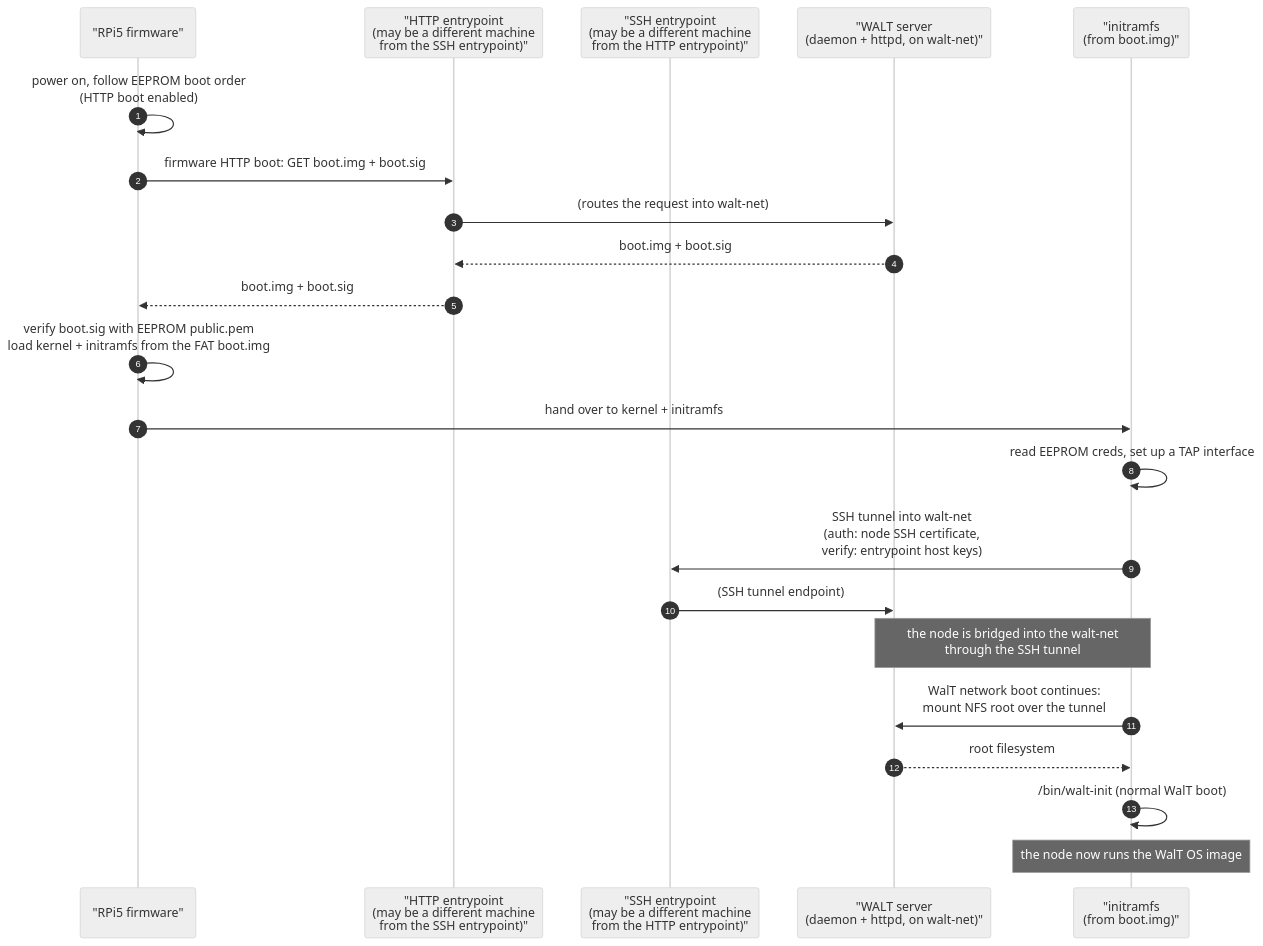
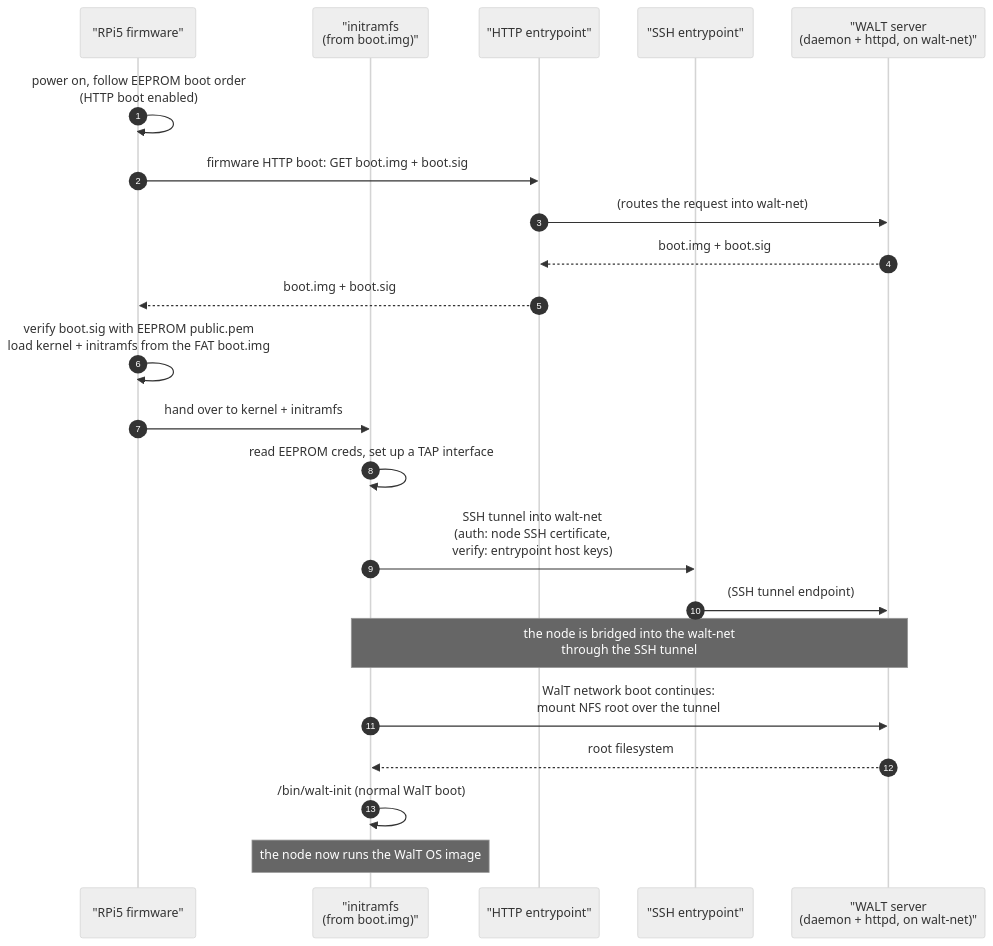
The fourth of 4 diagrams in vpn-boot-diagrams.md (drakkar-lig/walt-python-packages), drawn with Mermaid (neutral theme) before and after one commit. The commit also changed other lines of this file, not shown here.

Commit message:
wip3 -- vpn-boot-diagrams.md

````diff
--- a/vpn-boot-diagrams.md
+++ b/vpn-boot-diagrams.md
@@ -187,25 +165,25 @@
 ```mermaid
 sequenceDiagram
     autonumber
     participant R as "RPi5 firmware"
-    participant EPHTTP as "HTTP entrypoint<br/>(may be a different machine<br/>from the SSH entrypoint)"
-    participant EPSSH as "SSH entrypoint<br/>(may be a different machine<br/>from the HTTP entrypoint)"
+    participant IM as "initramfs<br/>(from boot.img)"
+    participant EPHTTP as "HTTP entrypoint"
+    participant EPSSH as "SSH entrypoint"
     participant S as "WALT server<br/>(daemon + httpd, on walt-net)"
-    participant IM as "initramfs<br/>(from boot.img)"
 
     R->>R: power on, follow EEPROM boot order<br/>(HTTP boot enabled)
     R->>EPHTTP: firmware HTTP boot: GET boot.img + boot.sig
     EPHTTP->>S: (routes the request into walt-net)
     S-->>EPHTTP: boot.img + boot.sig
     EPHTTP-->>R: boot.img + boot.sig
     R->>R: verify boot.sig with EEPROM public.pem<br/>load kernel + initramfs from the FAT boot.img
     R->>IM: hand over to kernel + initramfs
     IM->>IM: read EEPROM creds, set up a TAP interface
     IM->>EPSSH: SSH tunnel into walt-net<br/>(auth: node SSH certificate,<br/>verify: entrypoint host keys)
     EPSSH->>S: (SSH tunnel endpoint)
     Note over IM,S: the node is bridged into the walt-net<br/>through the SSH tunnel
     IM->>S: WalT network boot continues:<br/>mount NFS root over the tunnel
     S-->>IM: root filesystem
     IM->>IM: /bin/walt-init (normal WalT boot)
     Note over IM: the node now runs the WalT OS image
 ```
````
